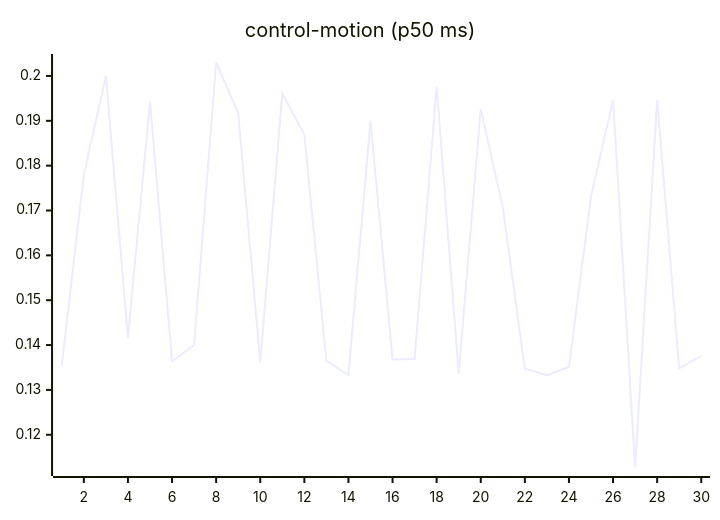
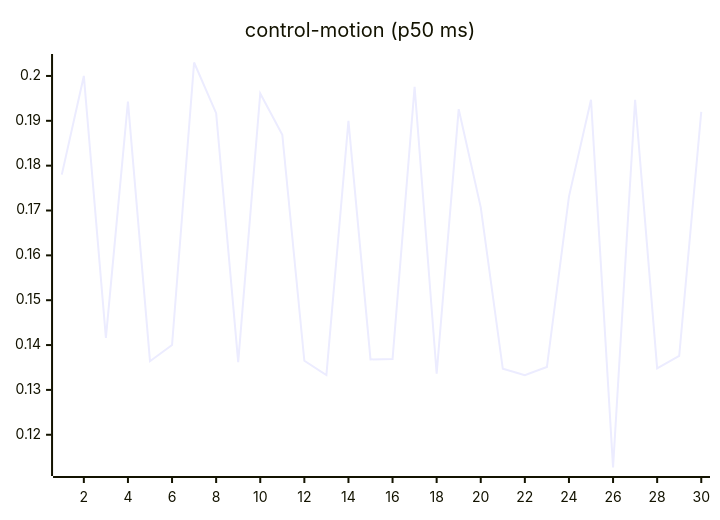
Before and after one commit to josha/Facet: the seventh of 27 diagrams in README.md, drawn with Mermaid. The commit also changed other lines of this file and 2 other files, not shown here.

````diff
--- a/README.md
+++ b/README.md
@@ -105,6 +105,6 @@
 ```mermaid
 xychart-beta
     title "control-motion (p50 ms)"
     x-axis 1 --> 30
-    line [0.1354, 0.1780, 0.2000, 0.1416, 0.1943, 0.1364, 0.1400, 0.2030, 0.1917, 0.1362, 0.1961, 0.1869, 0.1365, 0.1333, 0.1900, 0.1368, 0.1369, 0.1976, 0.1336, 0.1926, 0.1707, 0.1347, 0.1333, 0.1351, 0.1731, 0.1947, 0.1127, 0.1947, 0.1348, 0.1376]
+    line [0.1780, 0.2000, 0.1416, 0.1943, 0.1364, 0.1400, 0.2030, 0.1917, 0.1362, 0.1961, 0.1869, 0.1365, 0.1333, 0.1900, 0.1368, 0.1369, 0.1976, 0.1336, 0.1926, 0.1707, 0.1347, 0.1333, 0.1351, 0.1731, 0.1947, 0.1127, 0.1947, 0.1348, 0.1376, 0.1920]
 ```
````
